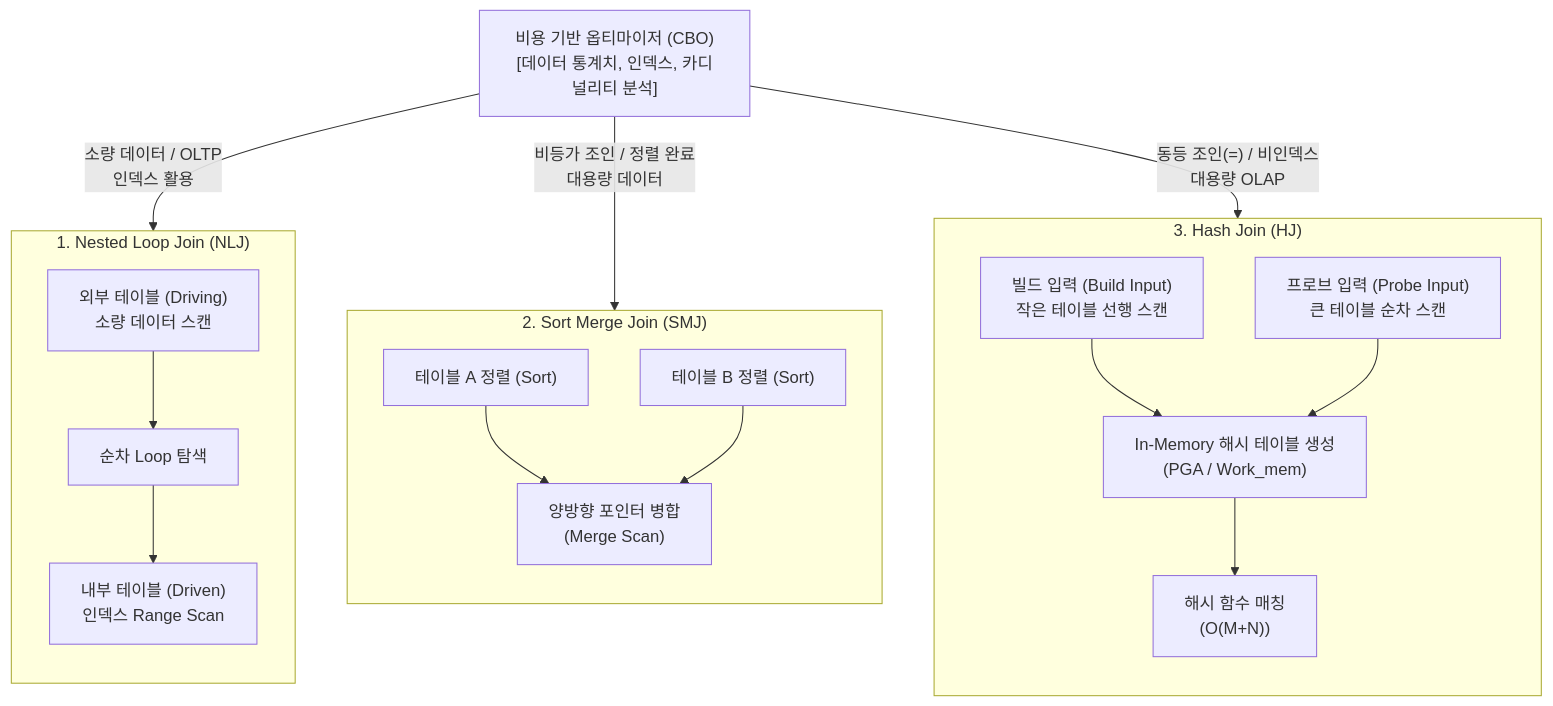
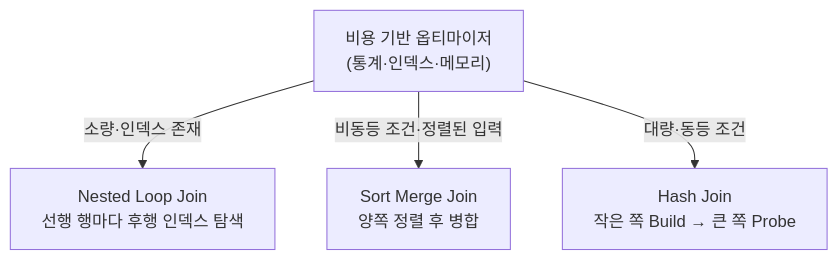
Before and after one commit to supremethumb/supremethumb.github.io: the diagram in content/01_IT Tech/조인.md, drawn with Mermaid. The commit also changed other lines of this file and 1087 other files, not shown here.

````diff
--- a/content/01_IT Tech/조인.md
+++ b/content/01_IT Tech/조인.md
@@ -27,29 +35,7 @@
 ```mermaid
 flowchart TB
-    CBO["비용 기반 옵티마이저 (CBO)<br/>[데이터 통계치, 인덱스, 카디널리티 분석]"]
-
-    subgraph NLJ ["1. Nested Loop Join (NLJ)"]
-        direction TB
-        DRV["외부 테이블 (Driving)<br/>소량 데이터 스캔"] --> LOOP["순차 Loop 탐색"]
-        LOOP --> IDX["내부 테이블 (Driven)<br/>인덱스 Range Scan"]
-    end
-
-    subgraph SMJ ["2. Sort Merge Join (SMJ)"]
-        direction TB
-        S1["테이블 A 정렬 (Sort)"] 
-        S2["테이블 B 정렬 (Sort)"]
-        S1 & S2 --> MRG["양방향 포인터 병합<br/>(Merge Scan)"]
-    end
-
-    subgraph HJ ["3. Hash Join (HJ)"]
-        direction TB
-        BUILD["빌드 입력 (Build Input)<br/>작은 테이블 선행 스캔"] --> HT["In-Memory 해시 테이블 생성<br/>(PGA / Work_mem)"]
-        PROBE["프로브 입력 (Probe Input)<br/>큰 테이블 순차 스캔"] --> HT
-        HT --> MATCH["해시 함수 매칭<br/>(O(M+N))"]
-    end
-
-    CBO -->|"소량 데이터 / OLTP<br/>인덱스 활용"| NLJ
-    CBO -->|"비등가 조인 / 정렬 완료<br/>대용량 데이터"| SMJ
-    CBO -->|"동등 조인(=) / 비인덱스<br/>대용량 OLAP"| HJ
-
+    CBO["비용 기반 옵티마이저<br/>(통계·인덱스·메모리)"]
+    CBO -->|"소량·인덱스 존재"| NL["Nested Loop Join<br/>선행 행마다 후행 인덱스 탐색"]
+    CBO -->|"비동등 조건·정렬된 입력"| SM["Sort Merge Join<br/>양쪽 정렬 후 병합"]
+    CBO -->|"대량·동등 조건"| HJ["Hash Join<br/>작은 쪽 Build → 큰 쪽 Probe"]
 ```
````
